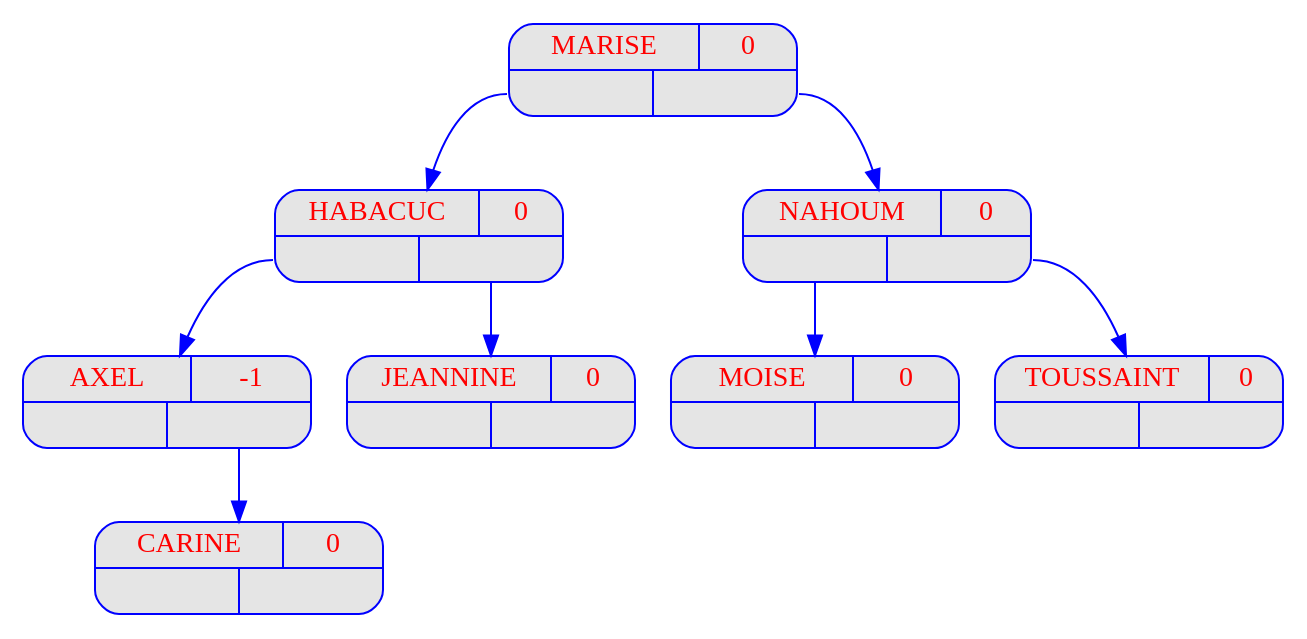
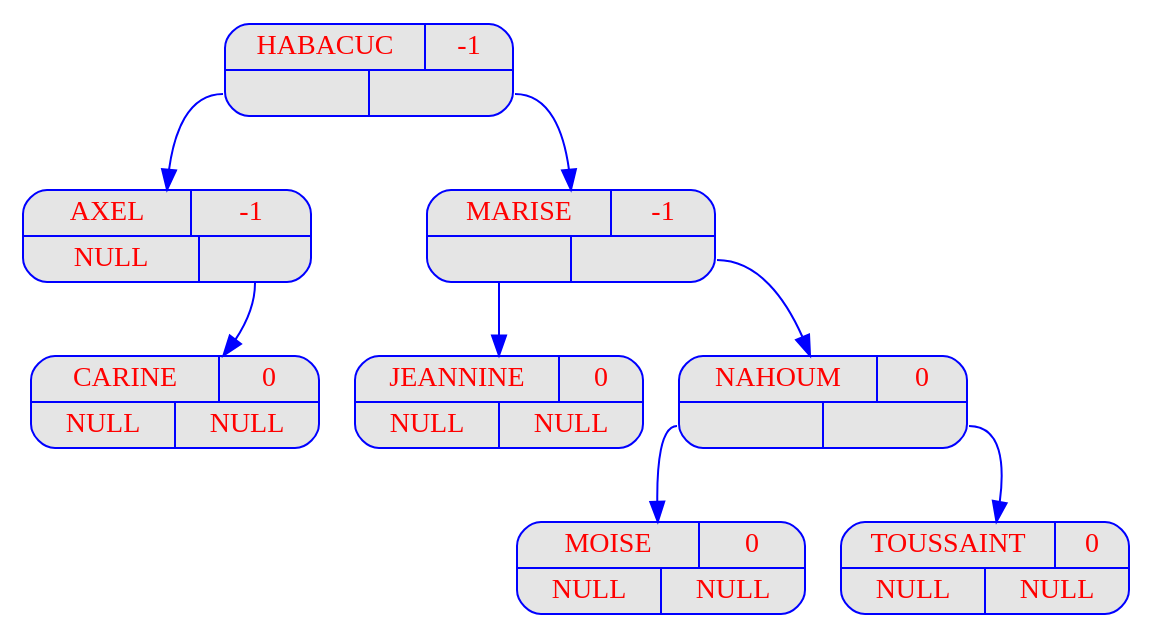
One commit to benech17/AVL-trees changed the diagram in programme1/output/dot/_v07.dot. Above: the diagram before and after it, drawn with Graphviz. The commit also changed 22 other files, not shown here.

```diff
--- a/programme1/output/dot/_v07.dot
+++ b/programme1/output/dot/_v07.dot
@@ -1,77 +1,77 @@
 digraph  {
 	node [
 		fontname  = "Arial bold" 
 		fontsize  = "14"
 		fontcolor = "red"
 		style     = "rounded, filled"
 		shape     = "record"
 		fillcolor = "grey90"
 		color     = "blue"
 		width     = "2"
 	]
 
 	edge [
 		color     = "blue"
 	]
 
-	"MARISE
-" [label = "{{<c> MARISE
- | <b> 0} | { <g> | <d>}}"];
-	"MARISE
-":g -> "HABACUC
-";
-	"HABACUC
-" [label = "{{<c> HABACUC
- | <b> 0} | { <g> | <d>}}"];
-	"HABACUC
-":g -> "AXEL
-";
-	"AXEL
-" [label = "{{<c> AXEL
- | <b> -1} | { <g> | <d>}}"];
-	"AXEL
-" [label = "{{<c> AXEL
- | <b> -1} | { <g> | <d>}}"];
-	"AXEL
-":d -> "CARINE
-";
-	"CARINE
-" [label = "{{<c> CARINE
- | <b> 0} | { <g> | <d>}}"];
-	"CARINE
-" [label = "{{<c> CARINE
- | <b> 0} | { <g> | <d>}}"];
-	"HABACUC
-":d -> "JEANNINE
-";
-	"JEANNINE
-" [label = "{{<c> JEANNINE
- | <b> 0} | { <g> | <d>}}"];
-	"JEANNINE
-" [label = "{{<c> JEANNINE
- | <b> 0} | { <g> | <d>}}"];
-	"MARISE
-":d -> "NAHOUM
-";
-	"NAHOUM
-" [label = "{{<c> NAHOUM
- | <b> 0} | { <g> | <d>}}"];
-	"NAHOUM
-":g -> "MOISE
-";
-	"MOISE
-" [label = "{{<c> MOISE
- | <b> 0} | { <g> | <d>}}"];
-	"MOISE
-" [label = "{{<c> MOISE
- | <b> 0} | { <g> | <d>}}"];
-	"NAHOUM
-":d -> "TOUSSAINT
-";
-	"TOUSSAINT
-" [label = "{{<c> TOUSSAINT
- | <b> 0} | { <g> | <d>}}"];
-	"TOUSSAINT
-" [label = "{{<c> TOUSSAINT
- | <b> 0} | { <g> | <d>}}"];
+	HABACUC
+ [label = "{{<c> HABACUC
+ | <b> -1}| { <g> | <d>}}"];
+	HABACUC
+:g -> AXEL
+;
+	AXEL
+ [label = "{{<c> AXEL
+ | <b> -1}| { <g> | <d>}}"];
+	AXEL
+ [label = "{{<c> AXEL
+ | <b> -1}| { <g> NULL | <d> }}"];
+	AXEL
+:d -> CARINE
+;
+	CARINE
+ [label = "{{<c> CARINE
+ | <b> 0}| { <g> | <d>}}"];
+	CARINE
+ [label = "{{<c> CARINE
+ | <b> 0}| { <g> NULL | <d> NULL}}"];
+	HABACUC
+:d -> MARISE
+;
+	MARISE
+ [label = "{{<c> MARISE
+ | <b> -1}| { <g> | <d>}}"];
+	MARISE
+:g -> JEANNINE
+;
+	JEANNINE
+ [label = "{{<c> JEANNINE
+ | <b> 0}| { <g> | <d>}}"];
+	JEANNINE
+ [label = "{{<c> JEANNINE
+ | <b> 0}| { <g> NULL | <d> NULL}}"];
+	MARISE
+:d -> NAHOUM
+;
+	NAHOUM
+ [label = "{{<c> NAHOUM
+ | <b> 0}| { <g> | <d>}}"];
+	NAHOUM
+:g -> MOISE
+;
+	MOISE
+ [label = "{{<c> MOISE
+ | <b> 0}| { <g> | <d>}}"];
+	MOISE
+ [label = "{{<c> MOISE
+ | <b> 0}| { <g> NULL | <d> NULL}}"];
+	NAHOUM
+:d -> TOUSSAINT
+;
+	TOUSSAINT
+ [label = "{{<c> TOUSSAINT
+ | <b> 0}| { <g> | <d>}}"];
+	TOUSSAINT
+ [label = "{{<c> TOUSSAINT
+ | <b> 0}| { <g> NULL | <d> NULL}}"];
 }
```
